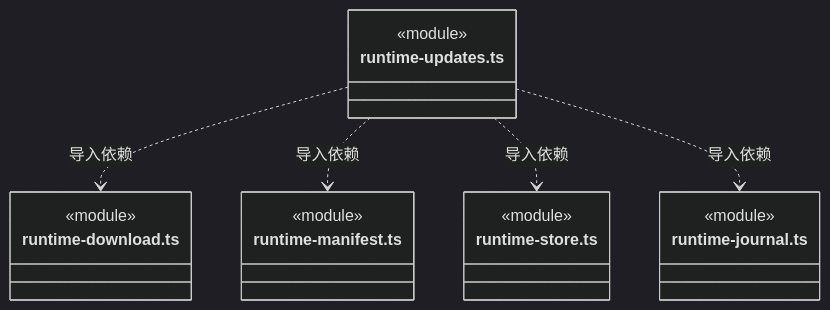
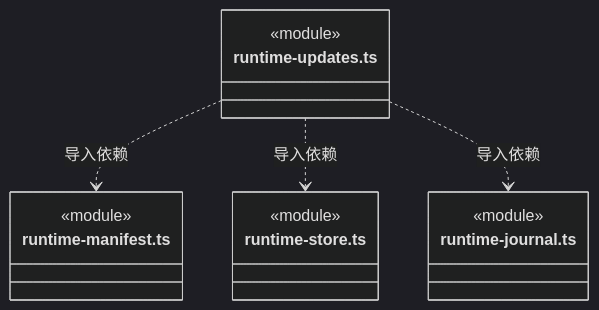
Before and after one commit to nan023062/cbim: diagram 23 of 23 in src/logic/updates/service/ARCHITECTURE.md, drawn with Mermaid (dark theme). The commit also changed other lines of this file and 37 other files, not shown here.

````diff
--- a/src/logic/updates/service/ARCHITECTURE.md
+++ b/src/logic/updates/service/ARCHITECTURE.md
@@ -471,22 +531,18 @@
 ```mermaid
 classDiagram
 class N_src_logic_updates_service_runtime_updates_ts["runtime-updates.ts"] {
-  <<module>>
-}
-class N_src_logic_updates_service_runtime_download_ts["runtime-download.ts"] {
   <<module>>
 }
 class N_src_logic_updates_service_runtime_manifest_ts["runtime-manifest.ts"] {
   <<module>>
 }
 class N_src_logic_updates_service_runtime_store_ts["runtime-store.ts"] {
   <<module>>
 }
 class N_src_logic_updates_service_runtime_journal_ts["runtime-journal.ts"] {
   <<module>>
 }
-N_src_logic_updates_service_runtime_updates_ts ..> N_src_logic_updates_service_runtime_download_ts : 导入依赖
 N_src_logic_updates_service_runtime_updates_ts ..> N_src_logic_updates_service_runtime_manifest_ts : 导入依赖
 N_src_logic_updates_service_runtime_updates_ts ..> N_src_logic_updates_service_runtime_store_ts : 导入依赖
 N_src_logic_updates_service_runtime_updates_ts ..> N_src_logic_updates_service_runtime_journal_ts : 导入依赖
 ```
````
